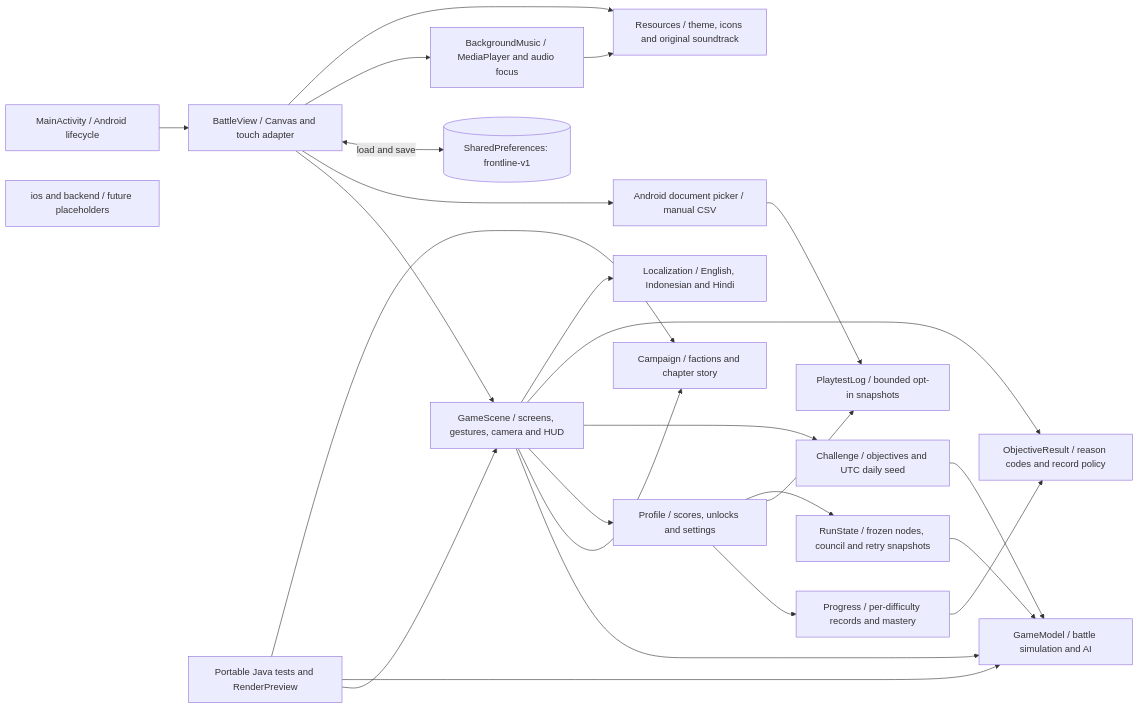
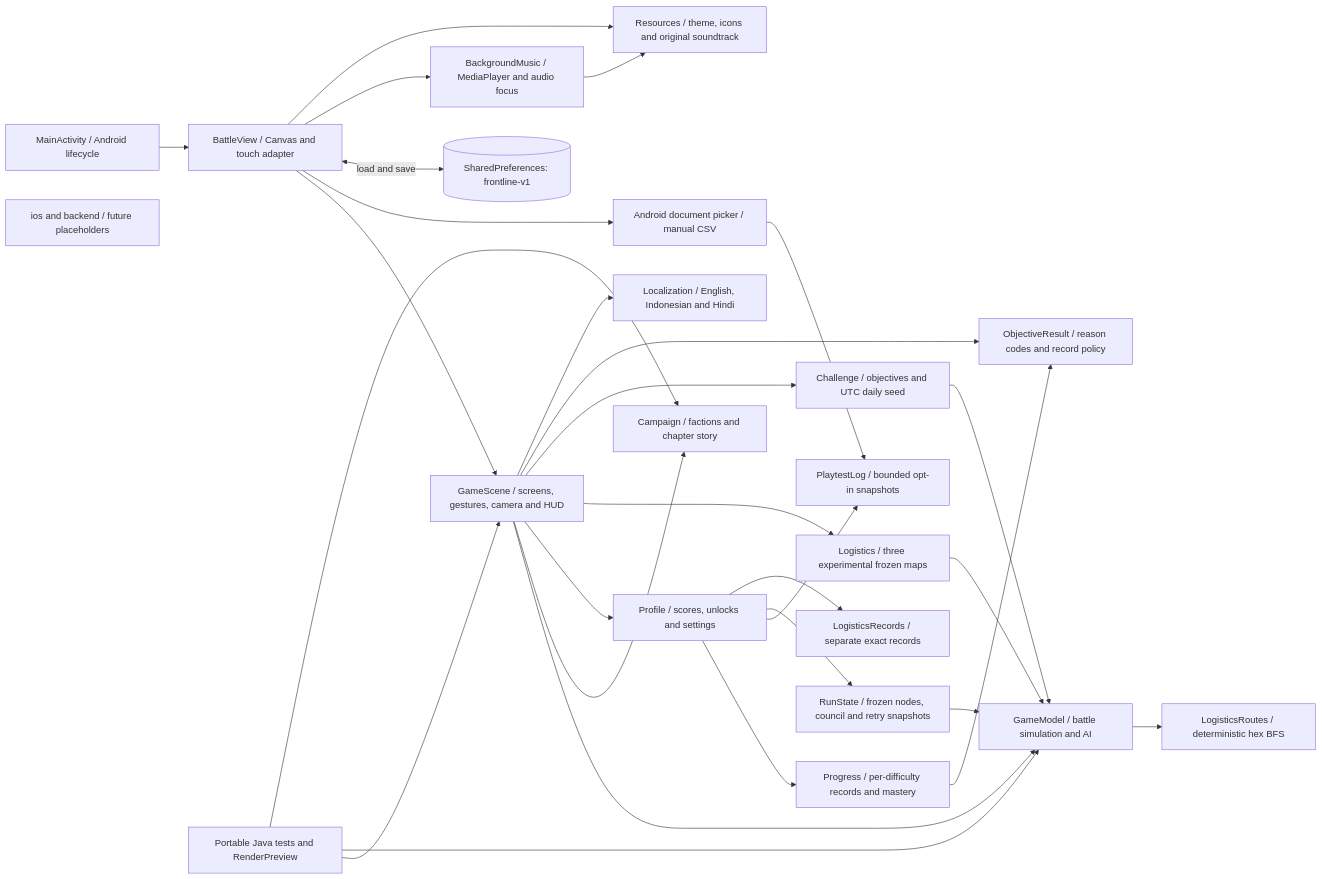
Before and after one commit to rohitashmathur/Frontline: the first of 3 diagrams in docs/architecture.md, drawn with Mermaid. The commit also changed other lines of this file and 33 other files, not shown here.

Commit message:
V11 phase 4: isolated routed maps and final testing build

````diff
--- a/docs/architecture.md
+++ b/docs/architecture.md
@@ -7,45 +7,52 @@
 ```mermaid
 flowchart LR
     Activity[MainActivity / Android lifecycle]
     View[BattleView / Canvas and touch adapter]
     Scene[GameScene / screens, gestures, camera and HUD]
     Model[GameModel / battle simulation and AI]
     Campaign[Campaign / factions and chapter story]
     Profile[Profile / scores, unlocks and settings]
     Progress[Progress / per-difficulty records and mastery]
     Challenges[Challenge / objectives and UTC daily seed]
     Objective[ObjectiveResult / reason codes and record policy]
     Locale[Localization / English, Indonesian and Hindi]
     Run[RunState / frozen nodes, council and retry snapshots]
+    Routes[LogisticsRoutes / deterministic hex BFS]
+    Logistics[Logistics / three experimental frozen maps]
+    RoutedRecords[LogisticsRecords / separate exact records]
     Log[PlaytestLog / bounded opt-in snapshots]
     Export[Android document picker / manual CSV]
     Storage[(SharedPreferences: frontline-v1)]
     Music[BackgroundMusic / MediaPlayer and audio focus]
     Assets[Resources / theme, icons and original soundtrack]
     Tests[Portable Java tests and RenderPreview]
     Future[ios and backend / future placeholders]
 
     Activity --> View
     View --> Scene
     Scene --> Model
     Scene --> Campaign
     Scene --> Profile
     Profile --> Progress
     Profile --> Log
     Profile --> Run
     Run --> Model
+    Profile --> RoutedRecords
+    Scene --> Logistics
+    Logistics --> Model
+    Model --> Routes
     Scene --> Challenges
     Scene --> Objective
     Scene --> Locale
     Progress --> Objective
     Challenges --> Model
     View --> Export
     Export --> Log
     View <-->|load and save| Storage
     View --> Music
     Music --> Assets
     View --> Assets
     Tests --> Scene
     Tests --> Model
     Tests --> Campaign
 ```
````
